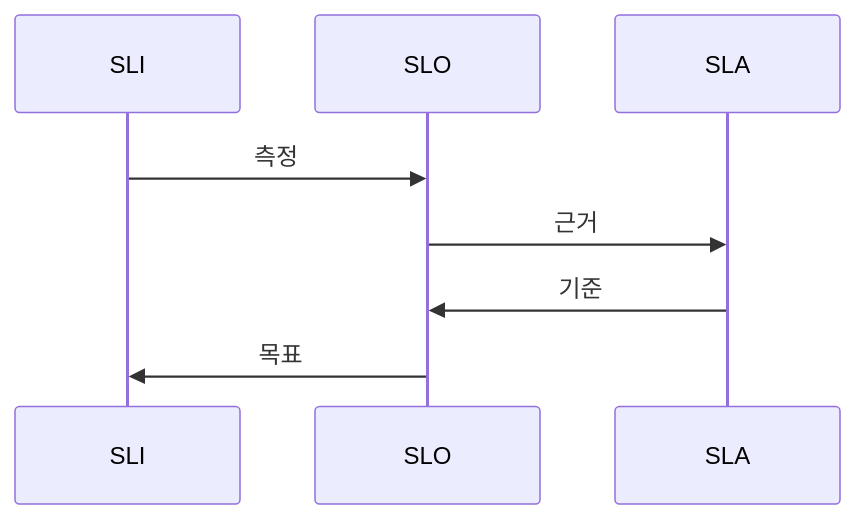
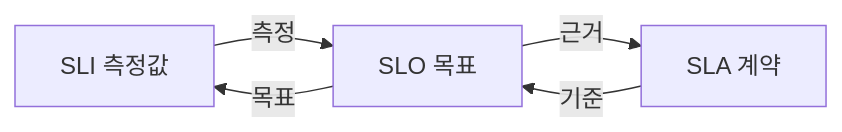
Before and after one commit to yjkim2015/yjkim2015.github.io: the second of 8 diagrams in _posts/monitoring/2026-05-03-sre-golden-signals.md, drawn with Mermaid. The commit also changed 84 other files, not shown here.

First line of the commit message:
85개 포스트 Mermaid 다이어그램 규칙 일괄 수정

````diff
--- a/_posts/monitoring/2026-05-03-sre-golden-signals.md
+++ b/_posts/monitoring/2026-05-03-sre-golden-signals.md
@@ -165,7 +165,7 @@
 ```mermaid
-sequenceDiagram
-    SLI->>SLO: 측정
-    SLO->>SLA: 근거
-    SLA->>SLO: 기준
-    SLO->>SLI: 목표
+graph LR
+    SLI["SLI 측정값"] -->|"측정"| SLO["SLO 목표"]
+    SLO -->|"근거"| SLA["SLA 계약"]
+    SLA -->|"기준"| SLO
+    SLO -->|"목표"| SLI
 ```
````
